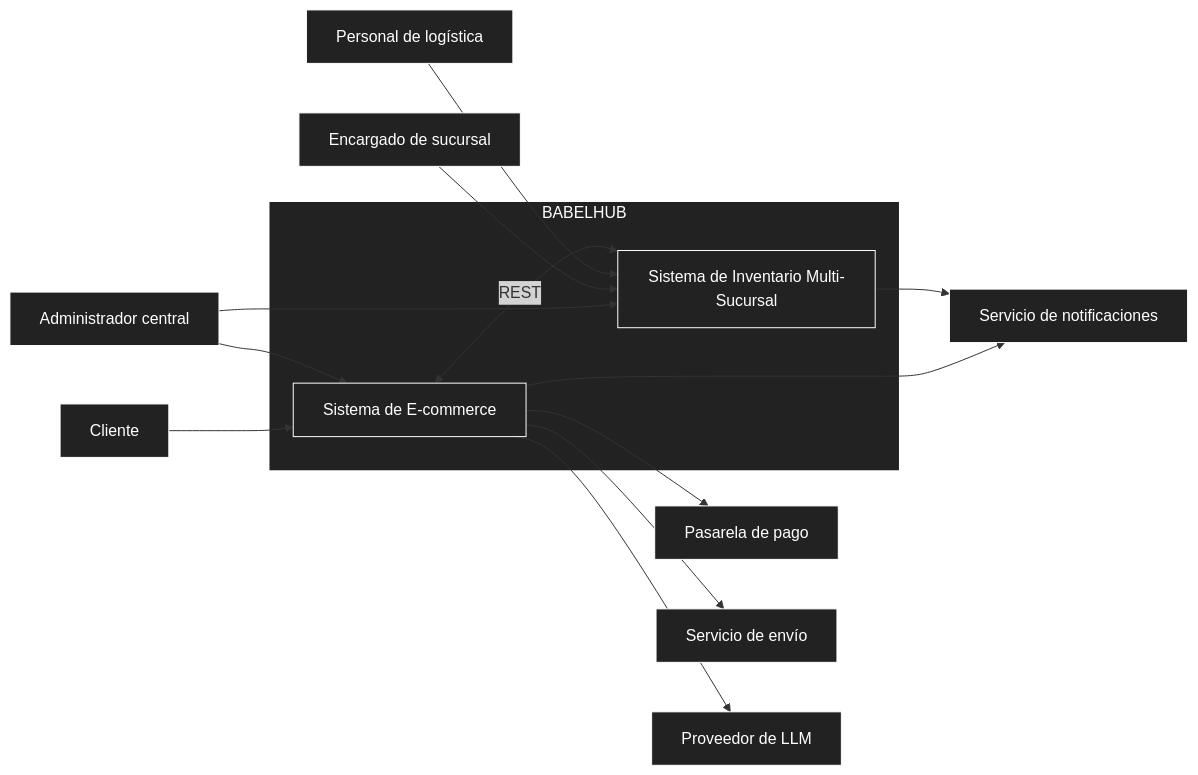
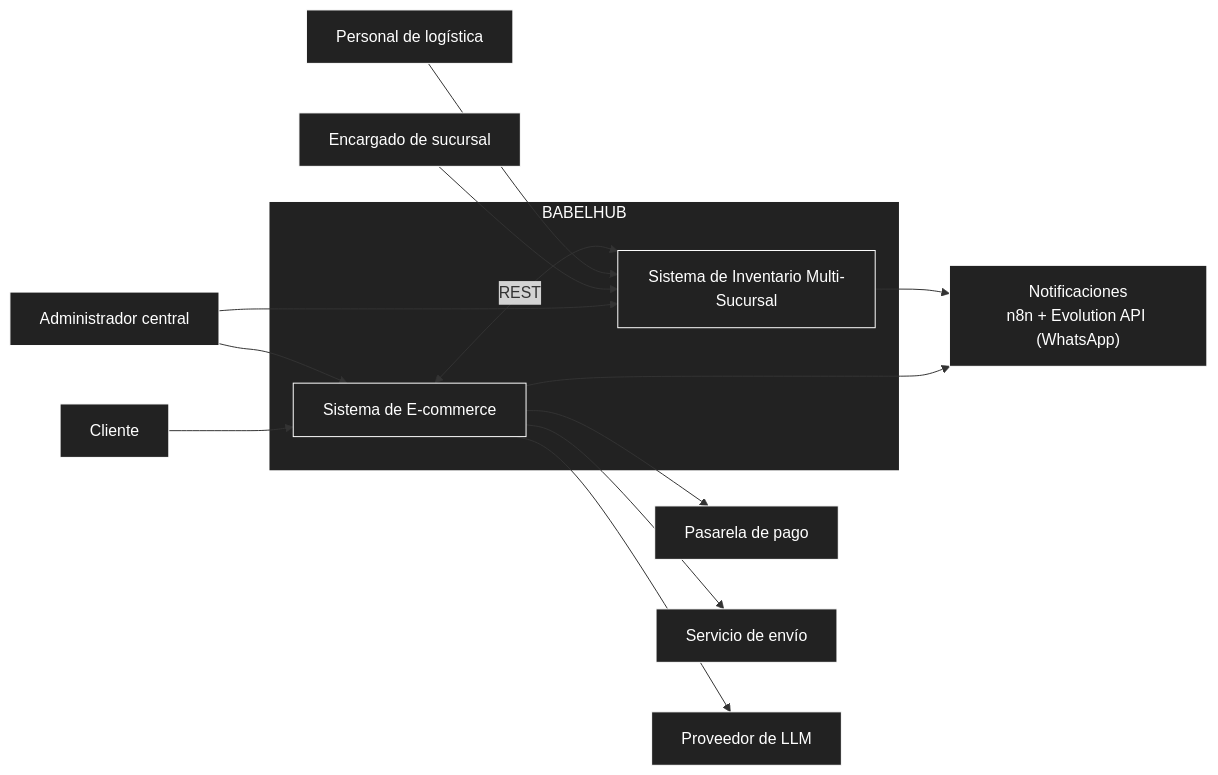
Before and after one commit to P35C4D0R4B1050/BabelHub: the diagram in docs/01-necesidad-del-negocio.md, drawn with Mermaid. The commit also changed other lines of this file and 2 other files, not shown here.

Commit message:
docs: update business needs and requirements for Culqi, WhatsApp and web UI

````diff
--- a/docs/01-necesidad-del-negocio.md
+++ b/docs/01-necesidad-del-negocio.md
@@ -64,41 +64,41 @@
 ```mermaid
 flowchart LR
 CLI["Cliente"]
 ENC["Encargado de sucursal"]
 ADM["Administrador central"]
 LOG["Personal de logística"]
 
 subgraph BH["BABELHUB"]
 ECO["Sistema de E-commerce"]
 INV["Sistema de Inventario Multi-Sucursal"]
 end
 
 PAG["Pasarela de pago"]
 ENV["Servicio de envío"]
 LLM["Proveedor de LLM"]
-NOT["Servicio de notificaciones"]
+NOT["Notificaciones<br/>n8n + Evolution API (WhatsApp)"]
 
 CLI --> ECO
 ADM --> ECO
 ADM --> INV
 ENC --> INV
 LOG --> INV
 ECO <-->|"REST"| INV
 ECO --> PAG
 ECO --> ENV
 ECO --> LLM
 ECO --> NOT
 INV --> NOT
 
 style BH fill:#222,stroke:#fff,stroke-width:2px,color:#fff
 style CLI fill:#222,stroke:#fff,color:#fff
 style ENC fill:#222,stroke:#fff,color:#fff
 style ADM fill:#222,stroke:#fff,color:#fff
 style LOG fill:#222,stroke:#fff,color:#fff
 style ECO fill:#222,stroke:#fff,color:#fff
 style INV fill:#222,stroke:#fff,color:#fff
 style PAG fill:#222,stroke:#fff,color:#fff
 style ENV fill:#222,stroke:#fff,color:#fff
 style LLM fill:#222,stroke:#fff,color:#fff
 style NOT fill:#222,stroke:#fff,color:#fff
 ```
````
